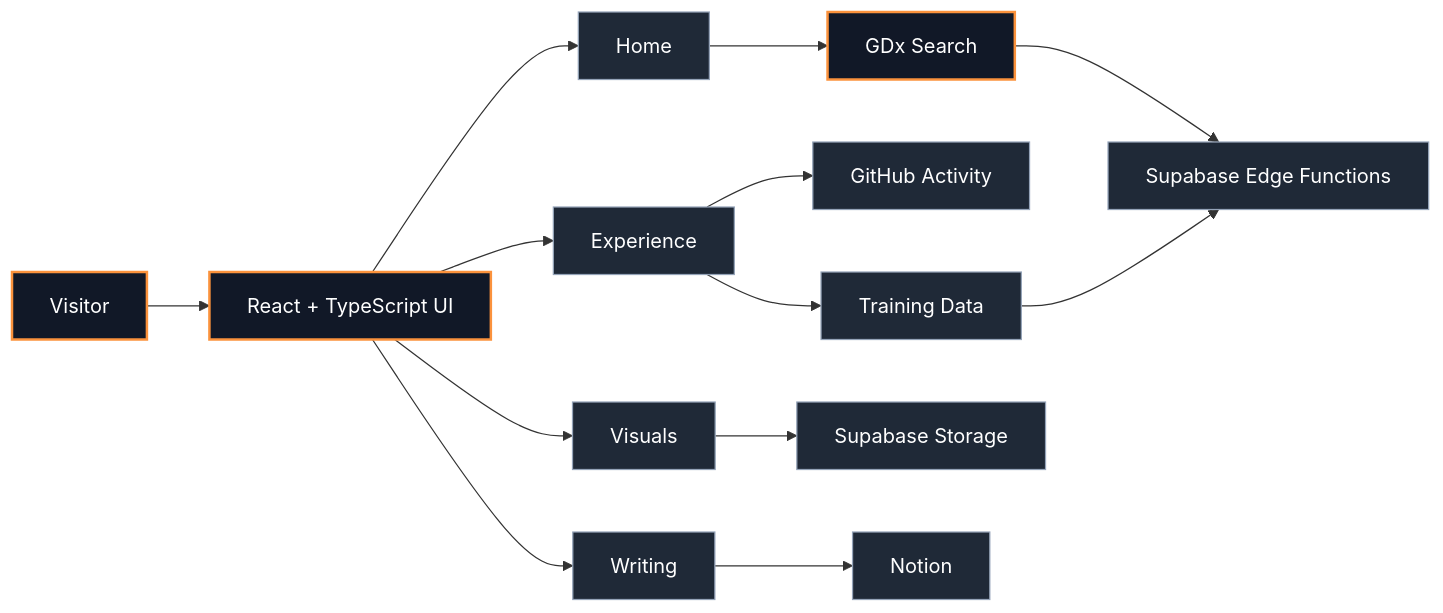
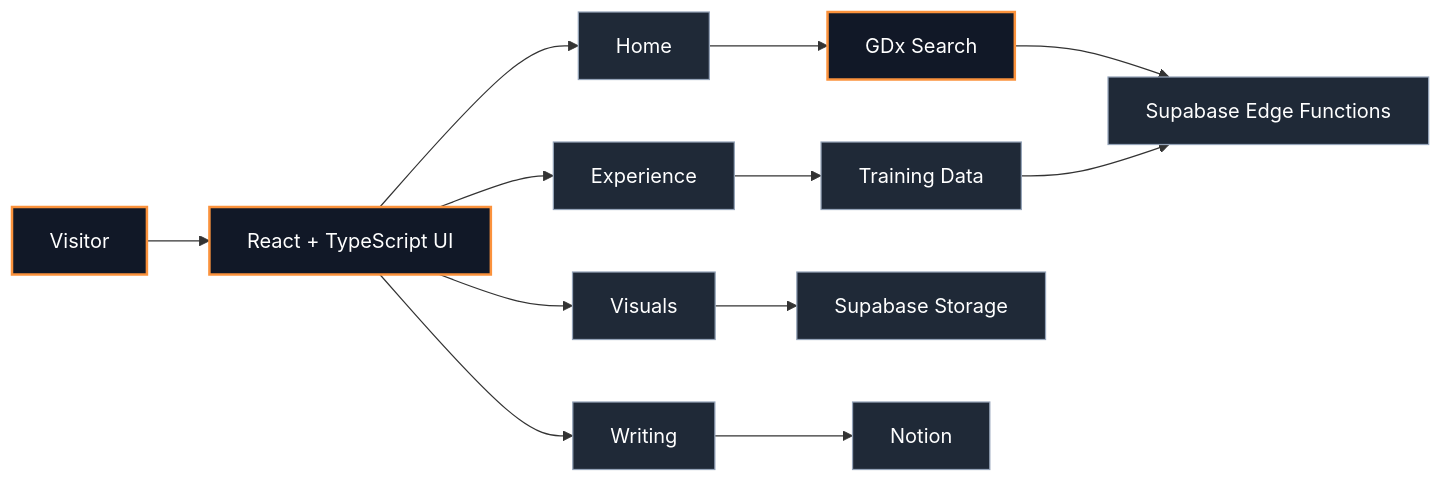
One commit to GauravDarwesh/gauravdarwesh.app changed the first of 2 diagrams in README.md. Above: the diagram before and after it, drawn with Mermaid. The commit also changed other lines of this file, not shown here.

Commit message:
docs: remove activity references and add copyright

````diff
--- a/README.md
+++ b/README.md
@@ -65,23 +65,22 @@
 ```mermaid
 flowchart LR
     V[Visitor] --> UI[React + TypeScript UI]
 
     UI --> HOME[Home]
     UI --> EXP[Experience]
     UI --> BLOG[Writing]
     UI --> VIS[Visuals]
 
     HOME --> GDx[GDx Search]
-    EXP --> ACT[GitHub Activity]
     EXP --> TRAIN[Training Data]
 
     GDx --> EDGE[Supabase Edge Functions]
     TRAIN --> EDGE
     VIS --> STORAGE[Supabase Storage]
     BLOG --> NOTION[Notion]
 
     classDef primary fill:#111827,stroke:#fb923c,color:#fff,stroke-width:2px;
     classDef secondary fill:#1f2937,stroke:#94a3b8,color:#fff;
     class V,UI,GDx primary;
-    class HOME,EXP,BLOG,VIS,EDGE,STORAGE,NOTION,ACT,TRAIN secondary;
+    class HOME,EXP,BLOG,VIS,EDGE,STORAGE,NOTION,TRAIN secondary;
 ```
````
